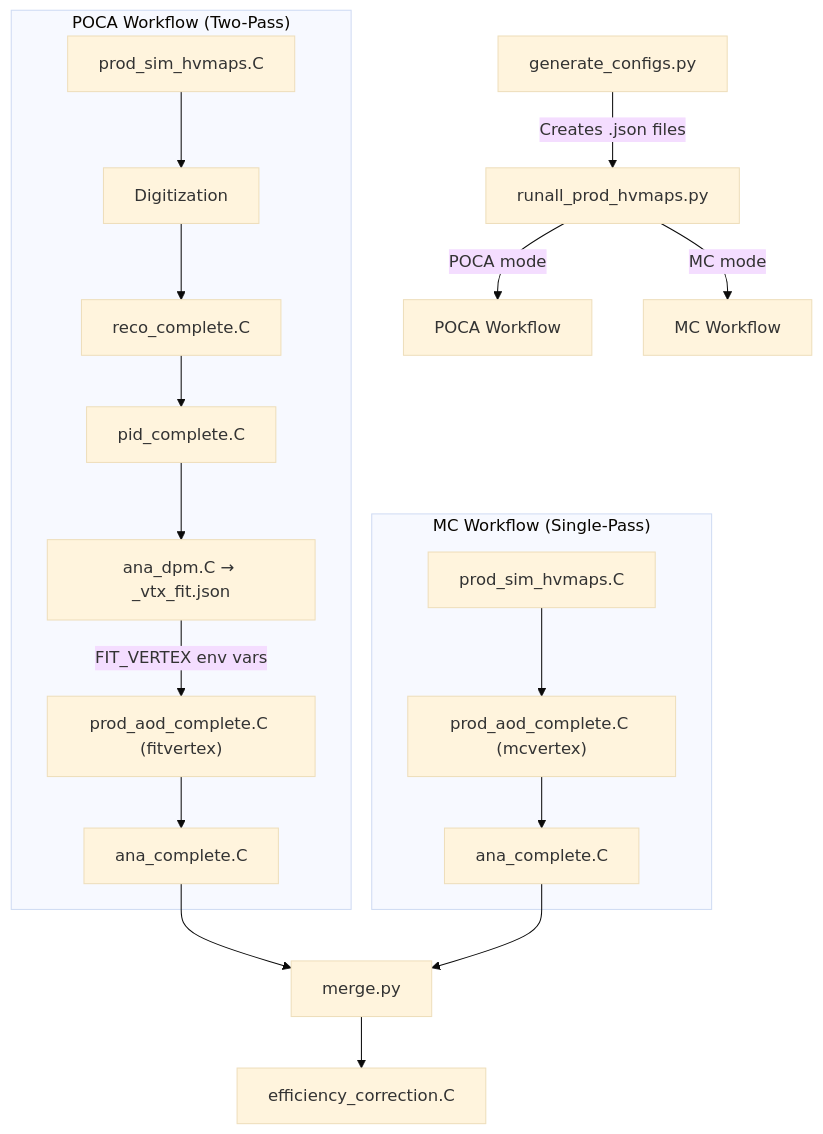
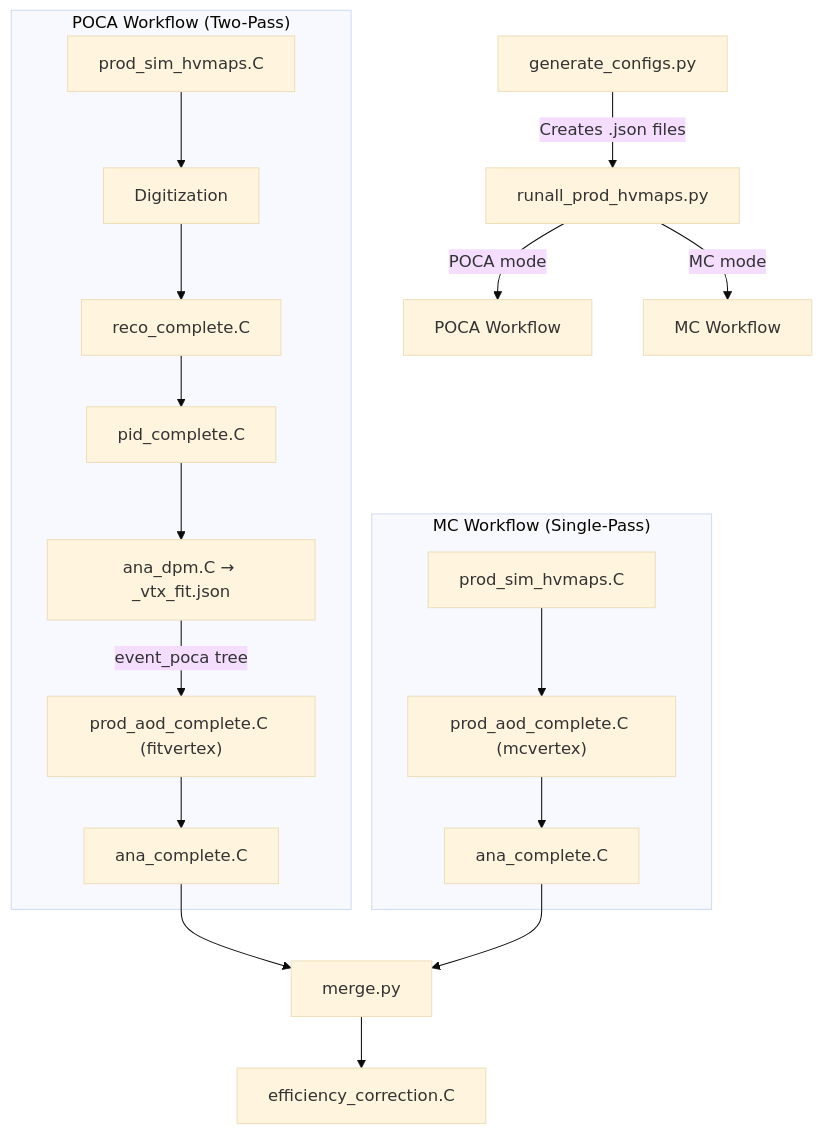
Before and after one commit to JinxinLee/RestgasDetermination: the diagram in README.md, drawn with Mermaid (base theme). The commit also changed other lines of this file and 21 other files, not shown here.

Commit message:
Add Event-by-event POCA and fix some other small issues

````diff
--- a/README.md
+++ b/README.md
@@ -185,24 +186,24 @@
 ```mermaid
 graph TD
     A[generate_configs.py] -->|Creates .json files| B[runall_prod_hvmaps.py]
     B -->|POCA mode| C[POCA Workflow]
     B -->|MC mode| D[MC Workflow]
 
     subgraph POCA["POCA Workflow (Two-Pass)"]
         C1[prod_sim_hvmaps.C] --> C2[Digitization]
         C2 --> C3[reco_complete.C]
         C3 --> C4[pid_complete.C]
         C4 --> C5["ana_dpm.C → _vtx_fit.json"]
-        C5 -->|FIT_VERTEX env vars| C6["prod_aod_complete.C (fitvertex)"]
+        C5 -->|event_poca tree| C6["prod_aod_complete.C (fitvertex)"]
         C6 --> C7[ana_complete.C]
     end
 
     subgraph MC["MC Workflow (Single-Pass)"]
         D1[prod_sim_hvmaps.C] --> D2["prod_aod_complete.C (mcvertex)"]
         D2 --> D3[ana_complete.C]
     end
 
     C7 --> E[merge.py]
     D3 --> E
     E --> F["efficiency_correction.C"]
 ```
````
